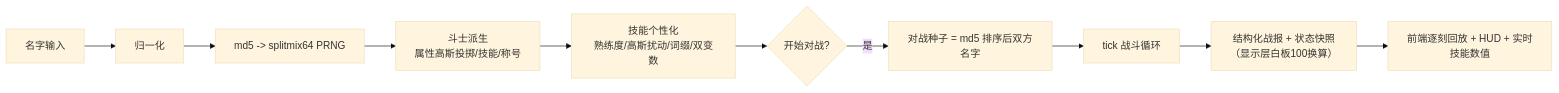
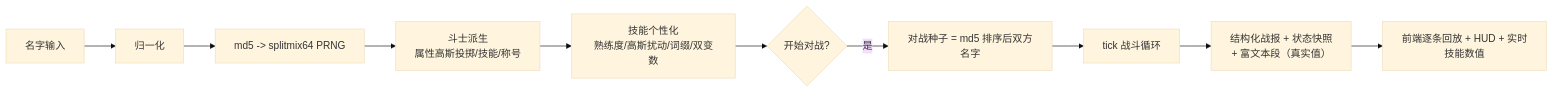
The first of 2 diagrams in docs/GAME_SPEC.md (icdyso/namefight_pro), drawn with Mermaid (base theme) before and after one commit. The commit also changed other lines of this file and 35 other files, not shown here.

````diff
--- a/docs/GAME_SPEC.md
+++ b/docs/GAME_SPEC.md
@@ -28,12 +27,12 @@
 ```mermaid
 flowchart LR
     A[名字输入] --> B[归一化]
     B --> C[md5 -> splitmix64 PRNG]
     C --> D[斗士派生<br/>属性高斯投掷/技能/称号]
     D --> E[技能个性化<br/>熟练度/高斯扰动/词缀/双变数]
     E --> F{开始对战?}
     F -->|是| G[对战种子 = md5 排序后双方名字]
     G --> H[tick 战斗循环]
-    H --> I[结构化战报 + 状态快照<br/>（显示层白板100换算）]
-    I --> J[前端逐刻回放 + HUD + 实时技能数值]
+    H --> I[结构化战报 + 状态快照<br/>+ 富文本段（真实值）]
+    I --> J[前端逐条回放 + HUD + 实时技能数值]
 ```
````
